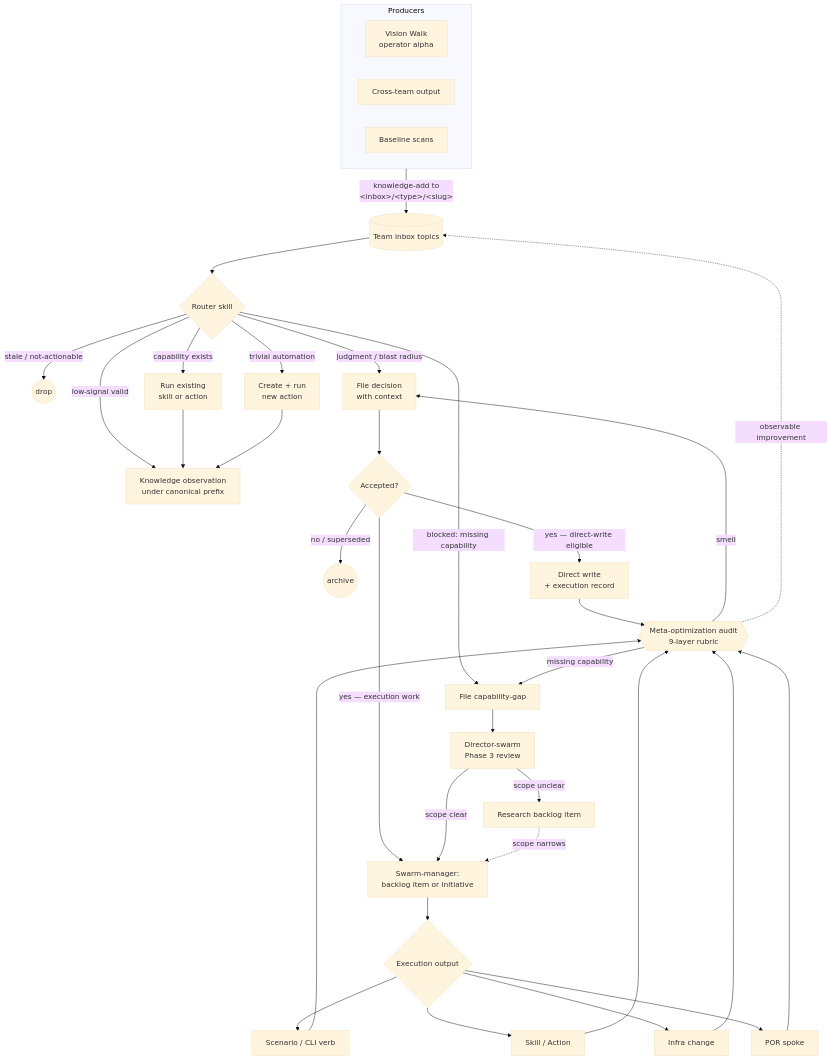
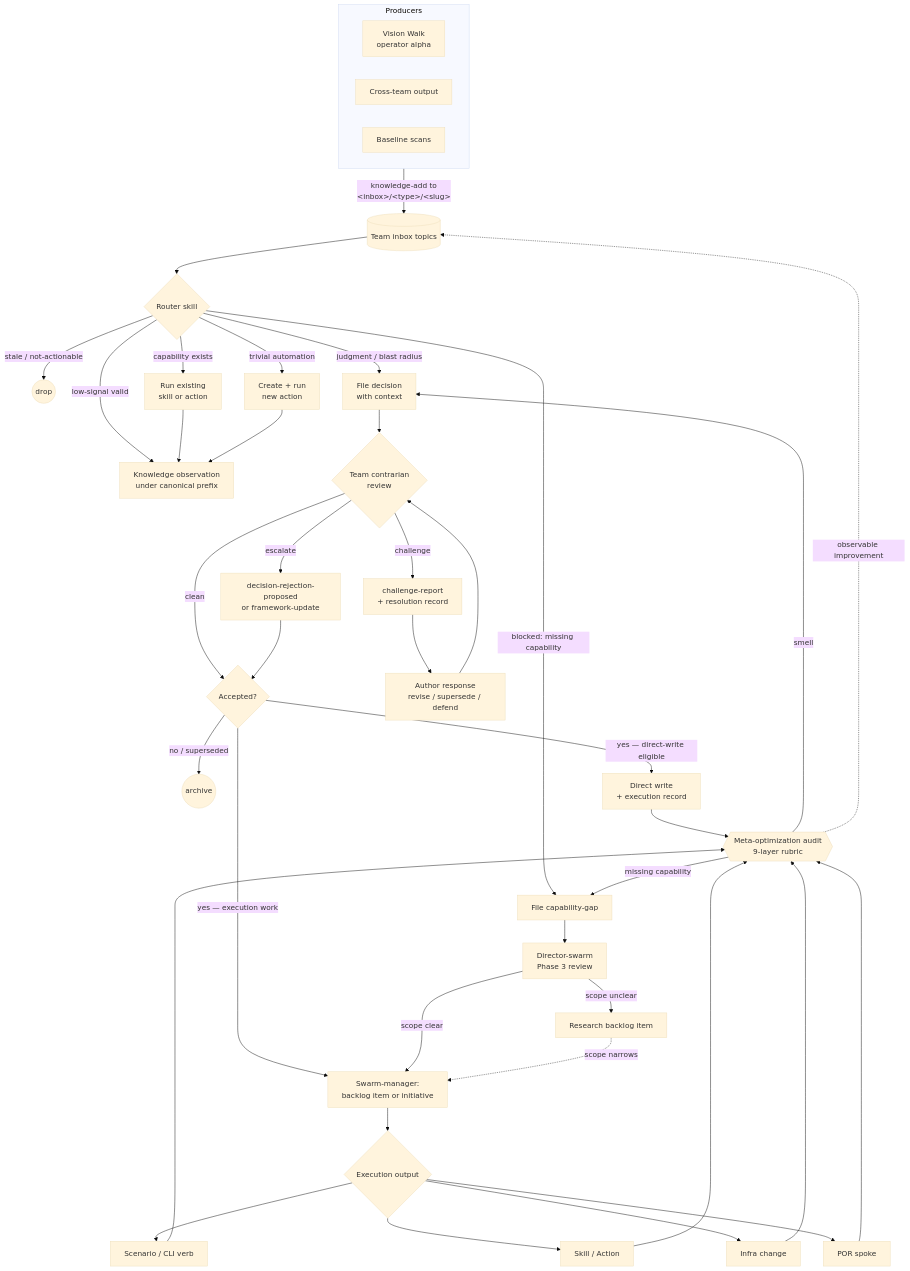
Before and after one commit to Vrooli/Vrooli: the diagram in docs/agent-system/README.md, drawn with Mermaid (base theme). The commit also changed other lines of this file and 71 other files, not shown here.

````diff
--- a/docs/agent-system/README.md
+++ b/docs/agent-system/README.md
@@ -19,42 +19,48 @@
 ```mermaid
 flowchart TB
     subgraph PROD[Producers]
       VW[Vision Walk<br/>operator alpha]
       EXT[Cross-team output]
       BASE[Baseline scans]
     end
 
     PROD -->|knowledge-add to<br/>&lt;inbox&gt;/&lt;type&gt;/&lt;slug&gt;| INBOX[(Team inbox topics)]
     INBOX --> ROUTER{Router skill}
 
     ROUTER -->|stale / not-actionable| DROP((drop))
     ROUTER -->|low-signal valid| OBS[Knowledge observation<br/>under canonical prefix]
     ROUTER -->|capability exists| RUN[Run existing<br/>skill or action]
     ROUTER -->|trivial automation| NEWACT[Create + run<br/>new action]
     ROUTER -->|judgment / blast radius| DEC[File decision<br/>with context]
     ROUTER -->|blocked: missing capability| GAP[File capability-gap]
 
     RUN --> OBS
     NEWACT --> OBS
 
-    DEC --> ACCEPT{Accepted?}
+    DEC --> CONTRA{Team contrarian<br/>review}
+    CONTRA -->|clean| ACCEPT{Accepted?}
+    CONTRA -->|challenge| CHAL[challenge-report<br/>+ resolution record]
+    CHAL --> AUTHOR[Author response<br/>revise / supersede / defend]
+    AUTHOR --> CONTRA
+    CONTRA -->|escalate| ESC[decision-rejection-proposed<br/>or framework-update]
+    ESC --> ACCEPT
     ACCEPT -->|no / superseded| ARCH((archive))
     ACCEPT -->|yes — direct-write eligible| DW[Direct write<br/>+ execution record]
     ACCEPT -->|yes — execution work| WORK[Swarm-manager:<br/>backlog item or initiative]
 
     GAP --> DSWARM[Director-swarm<br/>Phase 3 review]
     DSWARM -->|scope clear| WORK
     DSWARM -->|scope unclear| RES[Research backlog item]
     RES -.scope narrows.-> WORK
 
     WORK --> EXECW{Execution output}
     EXECW --> OUT1[Scenario / CLI verb]
     EXECW --> OUT2[Skill / Action]
     EXECW --> OUT3[Infra change]
     EXECW --> OUT4[POR spoke]
 
     DW & OUT1 & OUT2 & OUT3 & OUT4 --> AUDIT{{Meta-optimization audit<br/>9-layer rubric}}
     AUDIT -->|smell| DEC
     AUDIT -->|missing capability| GAP
     AUDIT -.observable improvement.-> INBOX
 ```
````
